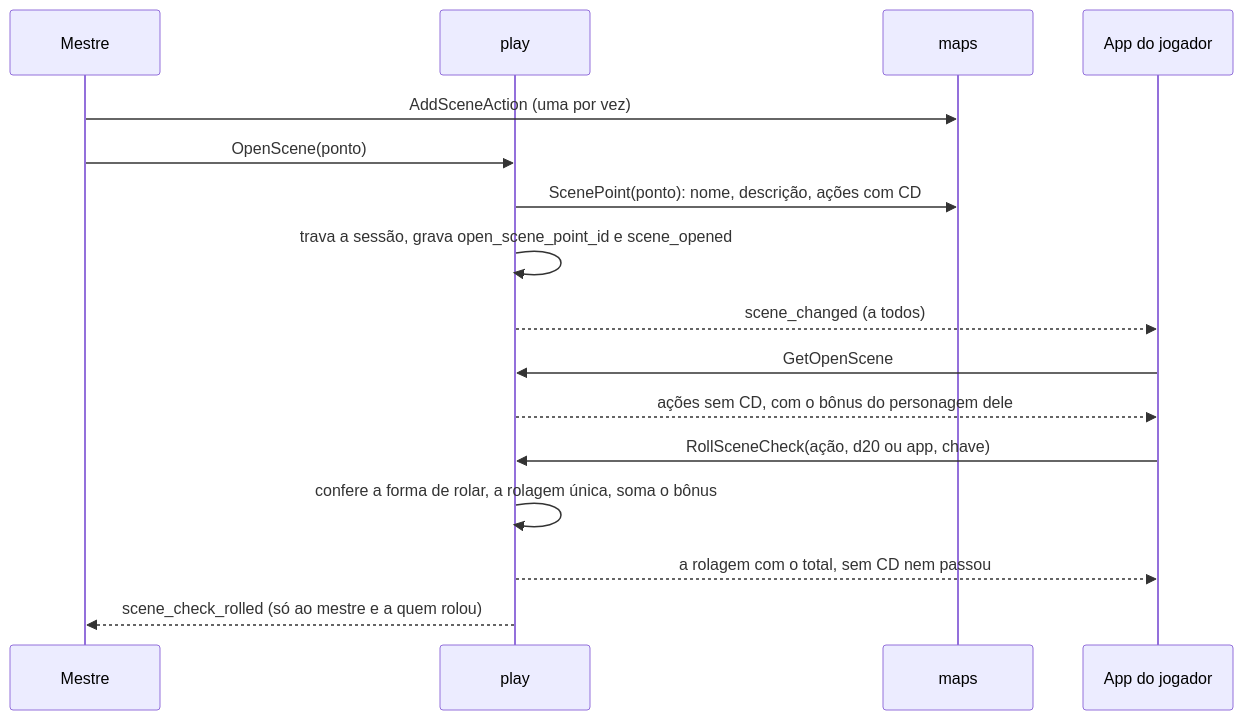
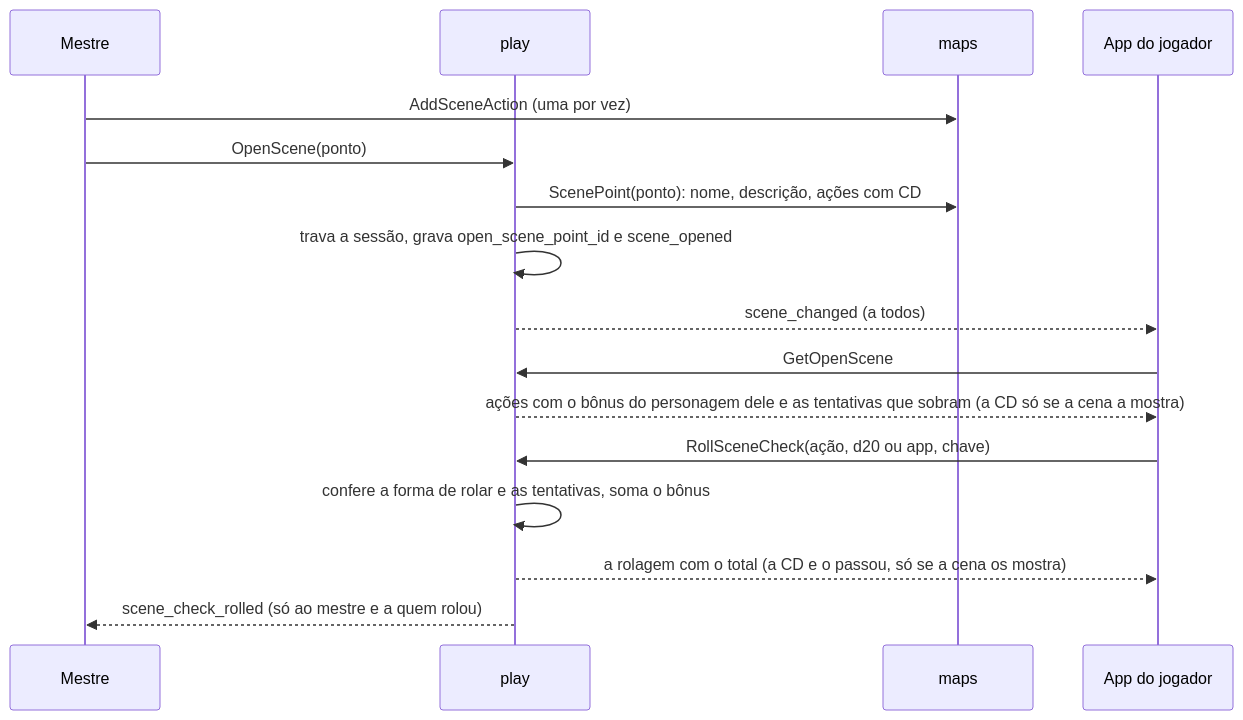
Diagram 12 of 19 in docs/arquitetura.md (PuraFome/meuRPG), drawn with Mermaid before and after one commit. The commit also changed other lines of this file and 49 other files, not shown here.

````diff
--- a/docs/arquitetura.md
+++ b/docs/arquitetura.md
@@ -902,18 +905,18 @@
 ```mermaid
 sequenceDiagram
     participant M as Mestre
     participant P as play
     participant K as maps
     participant J as App do jogador
     M->>K: AddSceneAction (uma por vez)
     M->>P: OpenScene(ponto)
     P->>K: ScenePoint(ponto): nome, descrição, ações com CD
     P->>P: trava a sessão, grava open_scene_point_id e scene_opened
     P-->>J: scene_changed (a todos)
     J->>P: GetOpenScene
-    P-->>J: ações sem CD, com o bônus do personagem dele
+    P-->>J: ações com o bônus do personagem dele e as tentativas que sobram (a CD só se a cena a mostra)
     J->>P: RollSceneCheck(ação, d20 ou app, chave)
-    P->>P: confere a forma de rolar, a rolagem única, soma o bônus
-    P-->>J: a rolagem com o total, sem CD nem passou
+    P->>P: confere a forma de rolar e as tentativas, soma o bônus
+    P-->>J: a rolagem com o total (a CD e o passou, só se a cena os mostra)
     P-->>M: scene_check_rolled (só ao mestre e a quem rolou)
 ```
````
